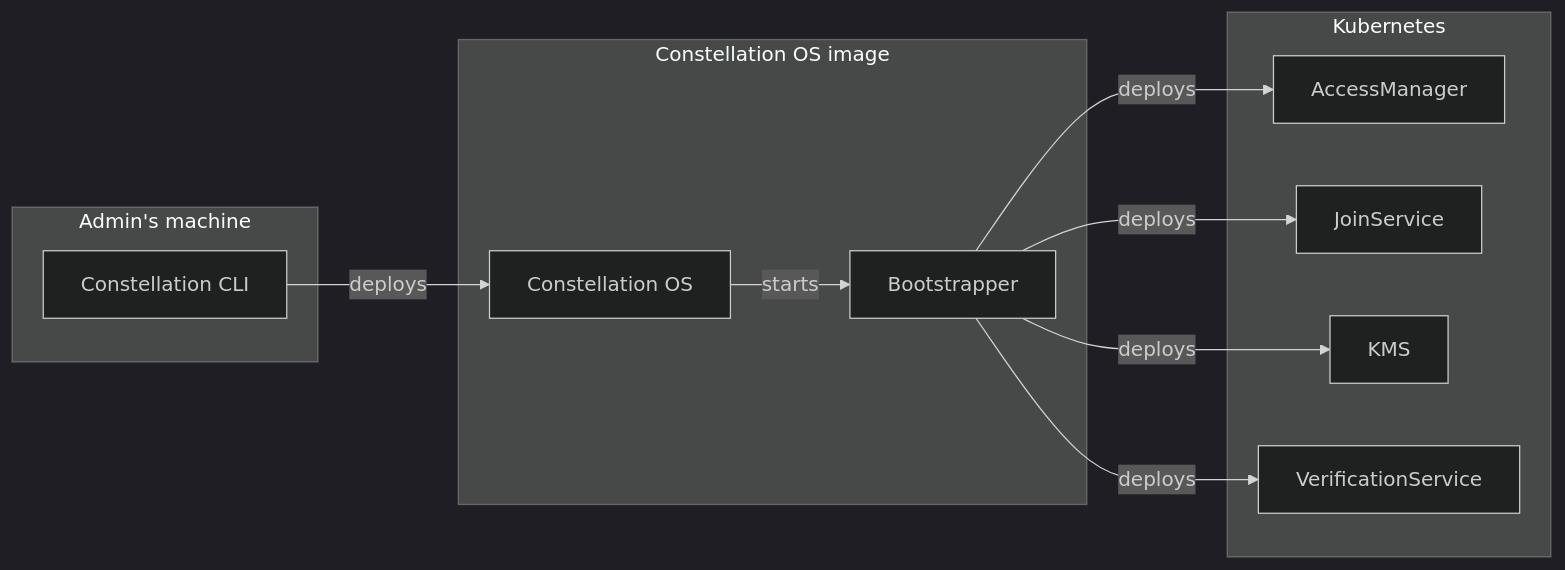
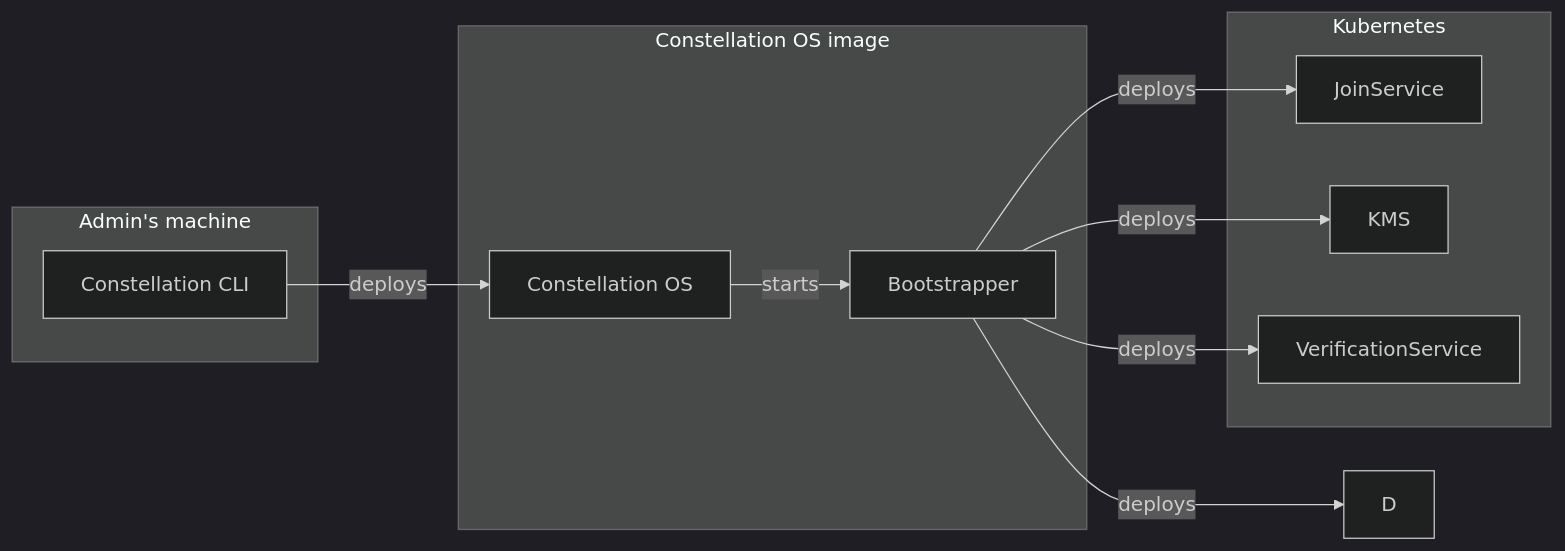
The first of 2 diagrams in docs/docs/architecture/components.md (edgelesssys/constellation), drawn with Mermaid (dark theme) before and after one commit. The commit also changed other lines of this file and 57 other files, not shown here.

Commit message:
remove access manager from code base

````diff
--- a/docs/docs/architecture/components.md
+++ b/docs/docs/architecture/components.md
@@ -15,22 +14,21 @@
 ```mermaid
 flowchart LR
     subgraph admin [Admin's machine]
         A[Constellation CLI]
     end
     subgraph img [Constellation OS image]
         B[Constellation OS]
         C[Bootstrapper]
     end
     subgraph Kubernetes
-        D[AccessManager]
         E[JoinService]
         F[KMS]
         G[VerificationService]
     end
     A -- deploys -->
     B -- starts --> C
     C -- deploys --> D
     C -- deploys --> E
     C -- deploys --> F
     C -- deploys --> G
 ```
````
